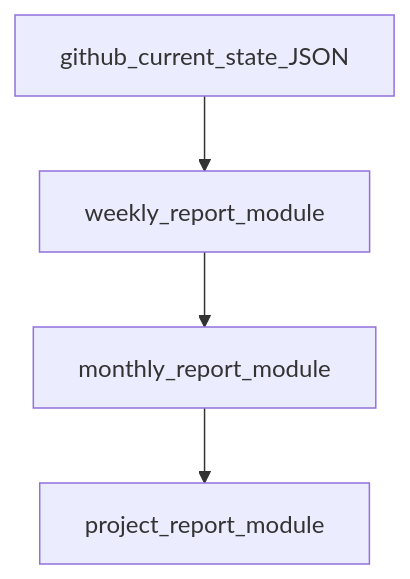
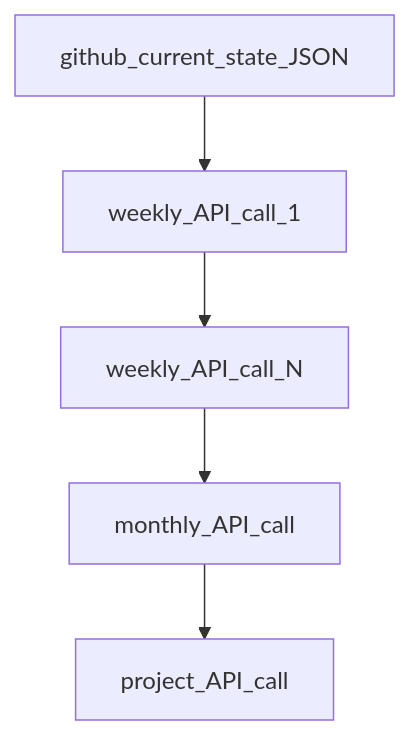
The second of 2 diagrams in project_plan.md (wolodkin/github_repo_report), drawn with Mermaid before and after one commit. The commit also changed other lines of this file, not shown here.

Commit message:
Update project_plan.md to reflect recent changes in report pipeline structure, including JSON schema validation and output generation process. Clarify the distinction between final and preliminary report files, and outline efficiency rules for API calls in report generation phases.

````diff
--- a/project_plan.md
+++ b/project_plan.md
@@ -146,10 +125,12 @@
 ```mermaid
 flowchart TB
   cache[github_current_state_JSON]
-  w[weekly_report_module]
-  m[monthly_report_module]
-  p[project_report_module]
-  cache --> w
-  w --> m
-  m --> p
+  w1[weekly_API_call_1]
+  w2[weekly_API_call_N]
+  m1[monthly_API_call]
+  p1[project_API_call]
+  cache --> w1
+  w1 --> w2
+  w2 --> m1
+  m1 --> p1
 ```
````
